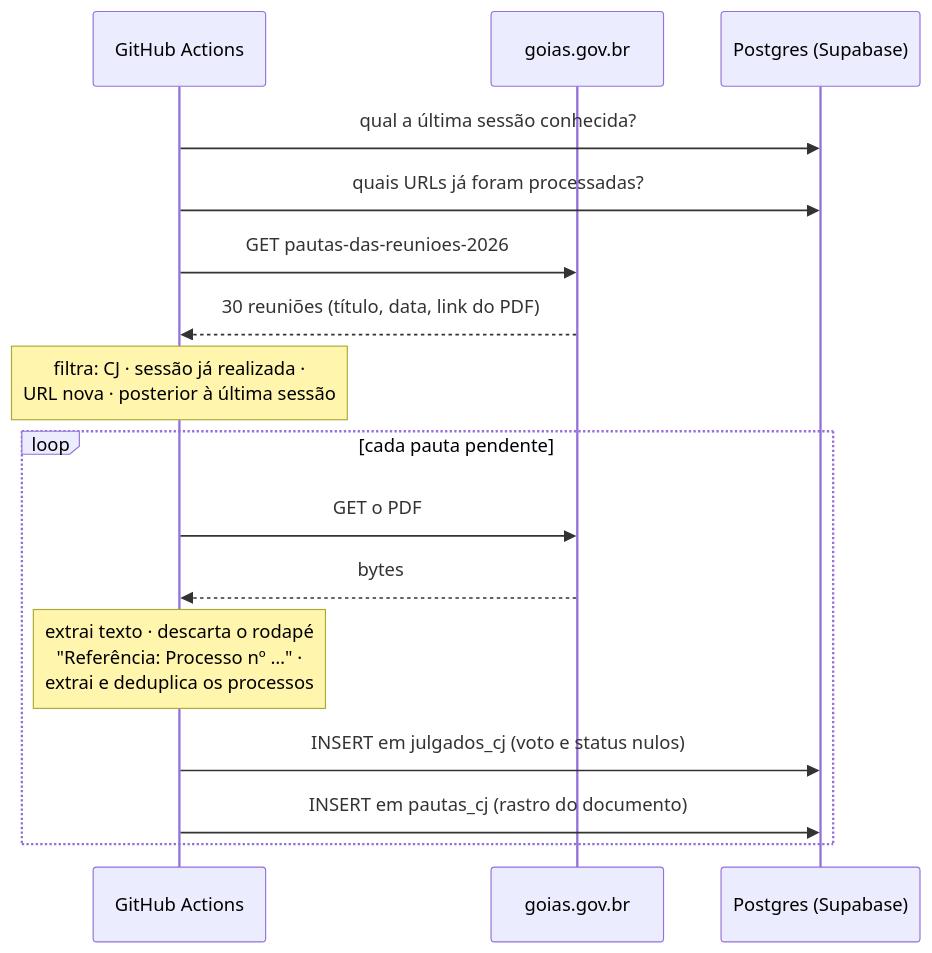
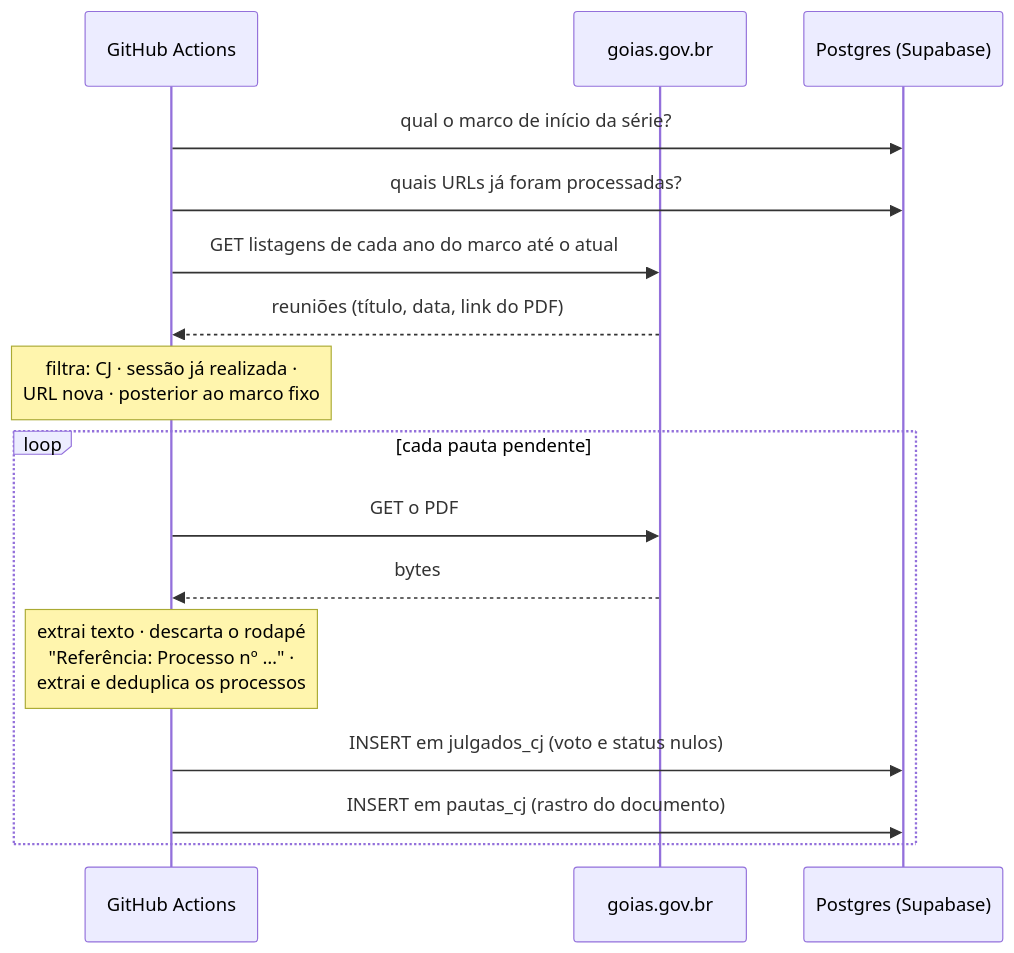
Before and after one commit to thelustosa/sorteio-sei: the second of 5 diagrams in FLUXO-CJ.md, drawn with Mermaid. The commit also changed other lines of this file and 27 other files, not shown here.

````diff
--- a/FLUXO-CJ.md
+++ b/FLUXO-CJ.md
@@ -97,19 +98,19 @@
 ```mermaid
 sequenceDiagram
     participant GA as GitHub Actions
     participant AGR as goias.gov.br
     participant PG as Postgres (Supabase)
 
-    GA->>PG: qual a última sessão conhecida?
+    GA->>PG: qual o marco de início da série?
     GA->>PG: quais URLs já foram processadas?
-    GA->>AGR: GET pautas-das-reunioes-2026
-    AGR-->>GA: 30 reuniões (título, data, link do PDF)
-    Note over GA: filtra: CJ · sessão já realizada ·<br/>URL nova · posterior à última sessão
+    GA->>AGR: GET listagens de cada ano do marco até o atual
+    AGR-->>GA: reuniões (título, data, link do PDF)
+    Note over GA: filtra: CJ · sessão já realizada ·<br/>URL nova · posterior ao marco fixo
     loop cada pauta pendente
         GA->>AGR: GET o PDF
         AGR-->>GA: bytes
         Note over GA: extrai texto · descarta o rodapé<br/>"Referência: Processo nº …" ·<br/>extrai e deduplica os processos
         GA->>PG: INSERT em julgados_cj (voto e status nulos)
         GA->>PG: INSERT em pautas_cj (rastro do documento)
     end
 ```
````
